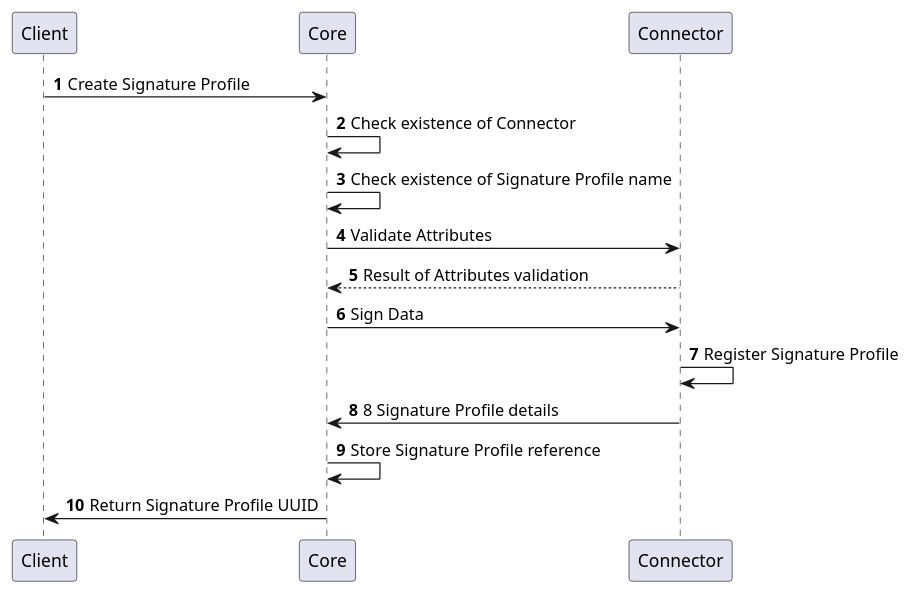
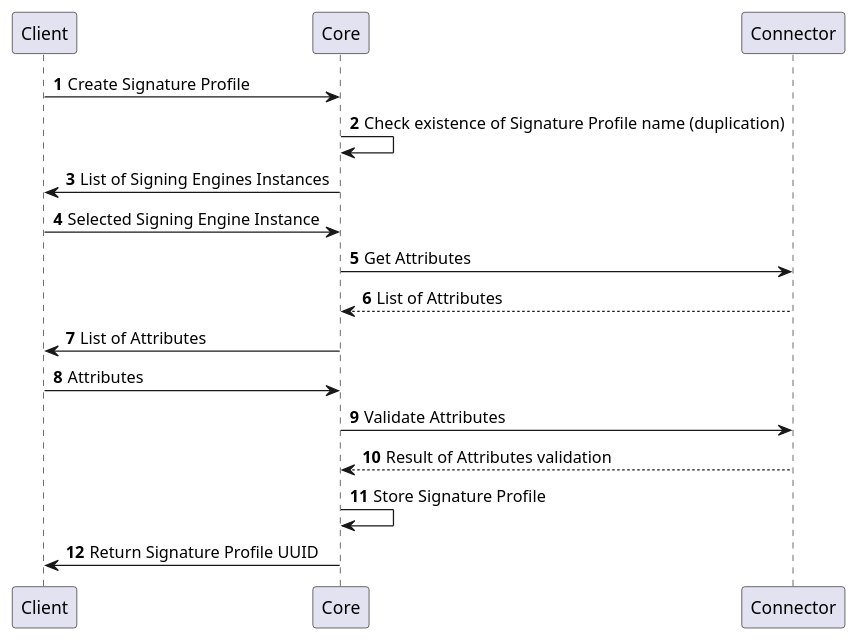
Before and after one commit to KaterinaBzatkova/CZERTAINLY-Documentation: the fifth of 9 diagrams in docs/10-certificate-key/12-connectors/31-signature-provider.md, drawn with PlantUML. The commit also changed other lines of this file, not shown here.

````diff
--- a/docs/10-certificate-key/12-connectors/31-signature-provider.md
+++ b/docs/10-certificate-key/12-connectors/31-signature-provider.md
@@ -33,16 +100,18 @@
 ```plantuml
     @startuml
     autonumber
     skinparam topurl https://docs.czertainly.com/api/
         Client -> Core [[core-client-operations/#tag/v2-Client-Operations/operation/revokeCertificate]]: Create Signature Profile
-        Core -> Core [[connector-authority-provider-v2/#tag/Certificate-Management/operation/validateRevokeCertificateAttributes]]: Check existence of Connector
-        Core -> Core [[connector-authority-provider-v2/#tag/Certificate-Management/operation/validateRevokeCertificateAttributes]]: Check existence of Signature Profile name 
+        Core -> Core [[connector-authority-provider-v2/#tag/Certificate-Management/operation/validateRevokeCertificateAttributes]]: Check existence of Signature Profile name (duplication)
+        Core -> Client: List of Signing Engines Instances
+        Client -> Core: Selected Signing Engine Instance
+        Core -> Connector: Get Attributes 
+        Connector --> Core: List of Attributes
+        Core -> Client: List of Attributes
+        Client -> Core: Attributes
         Core -> Connector: Validate Attributes 
         Connector --> Core: Result of Attributes validation
-        Core -> Connector [[connector-authority-provider-v2/#tag/Certificate-Management/operation/revokeCertificate]]: Sign Data
-        Connector -> Connector: Register Signature Profile
-        Connector -> Core: 8 Signature Profile details 
-        Core -> Core: Store Signature Profile reference
+        Core -> Core: Store Signature Profile
         Core -> Client: Return Signature Profile UUID
     @enduml
 ```
````
